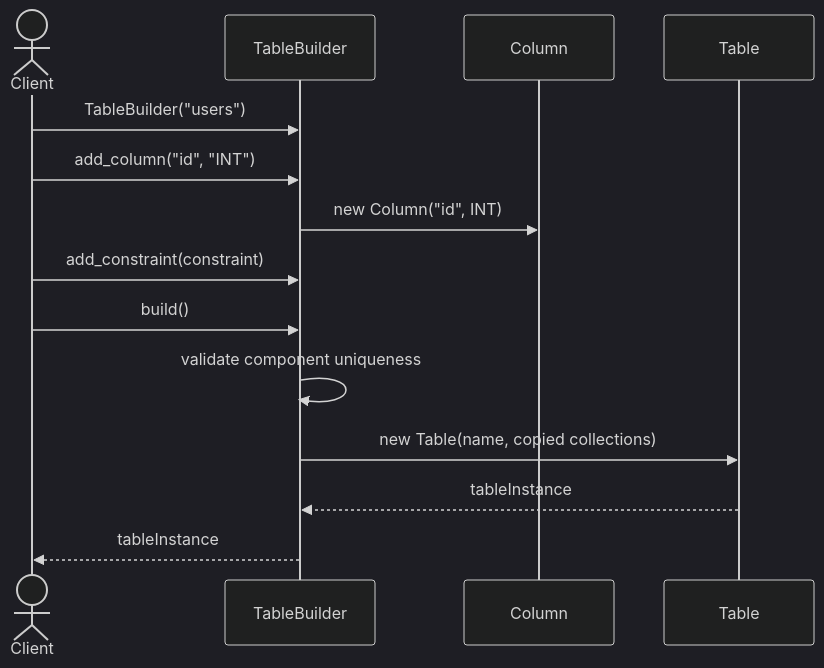
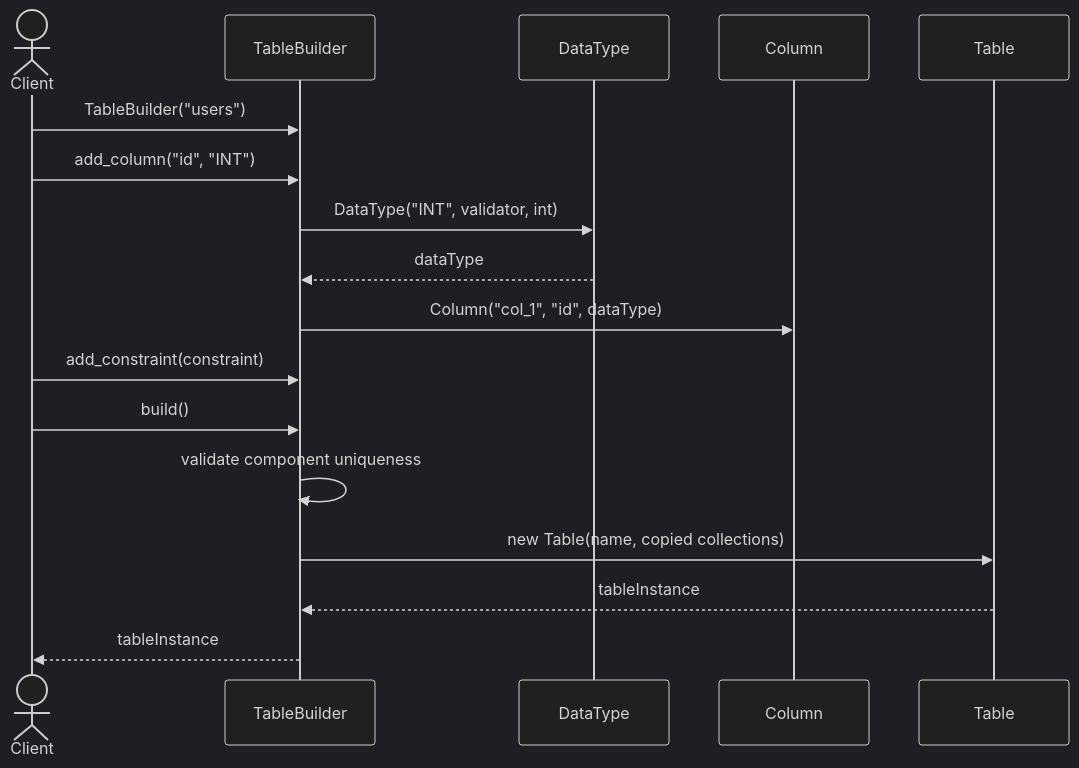
Before and after one commit to taitran501/DBMS: the second of 21 diagrams in README.md, drawn with Mermaid (dark theme). The commit also changed other lines of this file and 1 other file, not shown here.

Commit message:
docs(database_object): update Builder and Strategy pattern in sequence diagrams

````diff
--- a/README.md
+++ b/README.md
@@ -712,17 +762,20 @@
 ```mermaid
 sequenceDiagram
     actor Client
     participant TableBuilder
+    participant DataType
     participant Column
     participant Table
 
     Client->>TableBuilder: TableBuilder("users")
     Client->>TableBuilder: add_column("id", "INT")
-    TableBuilder->>Column: new Column("id", INT)
+    TableBuilder->>DataType: DataType("INT", validator, int)
+    DataType-->>TableBuilder: dataType
+    TableBuilder->>Column: Column("col_1", "id", dataType)
     Client->>TableBuilder: add_constraint(constraint)
     Client->>TableBuilder: build()
     TableBuilder->>TableBuilder: validate component uniqueness
     TableBuilder->>Table: new Table(name, copied collections)
     Table-->>TableBuilder: tableInstance
     TableBuilder-->>Client: tableInstance
 ```
````
